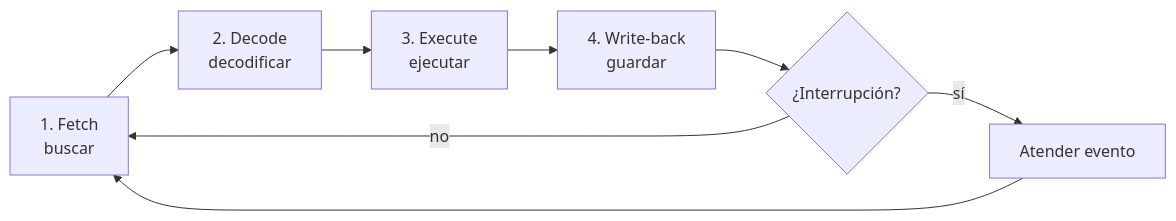
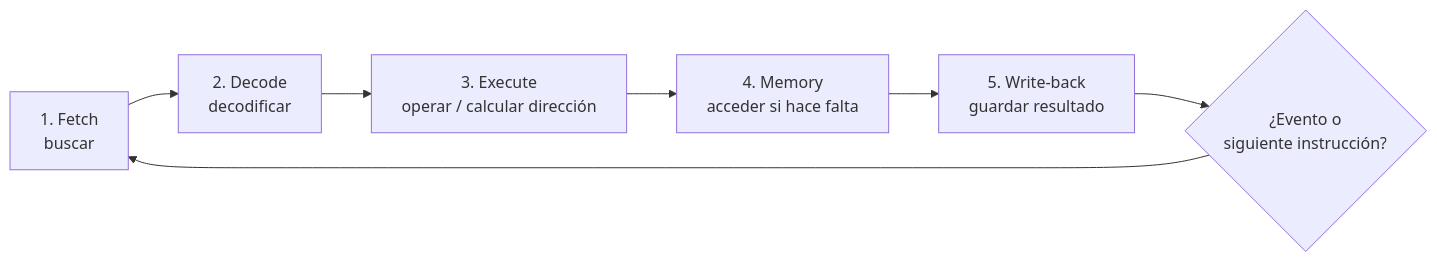
Before and after one commit to davidmolinafernadez/DAM-SI: the third of 5 diagrams in UD1/Teoria/11-instrucciones-cpu.md, drawn with Mermaid. The commit also changed other lines of this file and 4 other files, not shown here.

````diff
--- a/UD1/Teoria/11-instrucciones-cpu.md
+++ b/UD1/Teoria/11-instrucciones-cpu.md
@@ -64,9 +142,9 @@
 ```mermaid
 flowchart LR
-  F[1. Fetch<br>buscar] --> D[2. Decode<br>decodificar]
-  D --> E[3. Execute<br>ejecutar]
-  E --> W[4. Write-back<br>guardar]
-  W --> I{¿Interrupción?}
-  I -- no --> F
-  I -- sí --> H[Atender evento] --> F
+  F["1. Fetch<br>buscar"] --> D["2. Decode<br>decodificar"]
+  D --> E["3. Execute<br>operar / calcular dirección"]
+  E --> M["4. Memory<br>acceder si hace falta"]
+  M --> W["5. Write-back<br>guardar resultado"]
+  W --> Q{"¿Evento o<br>siguiente instrucción?"}
+  Q --> F
 ```
````
